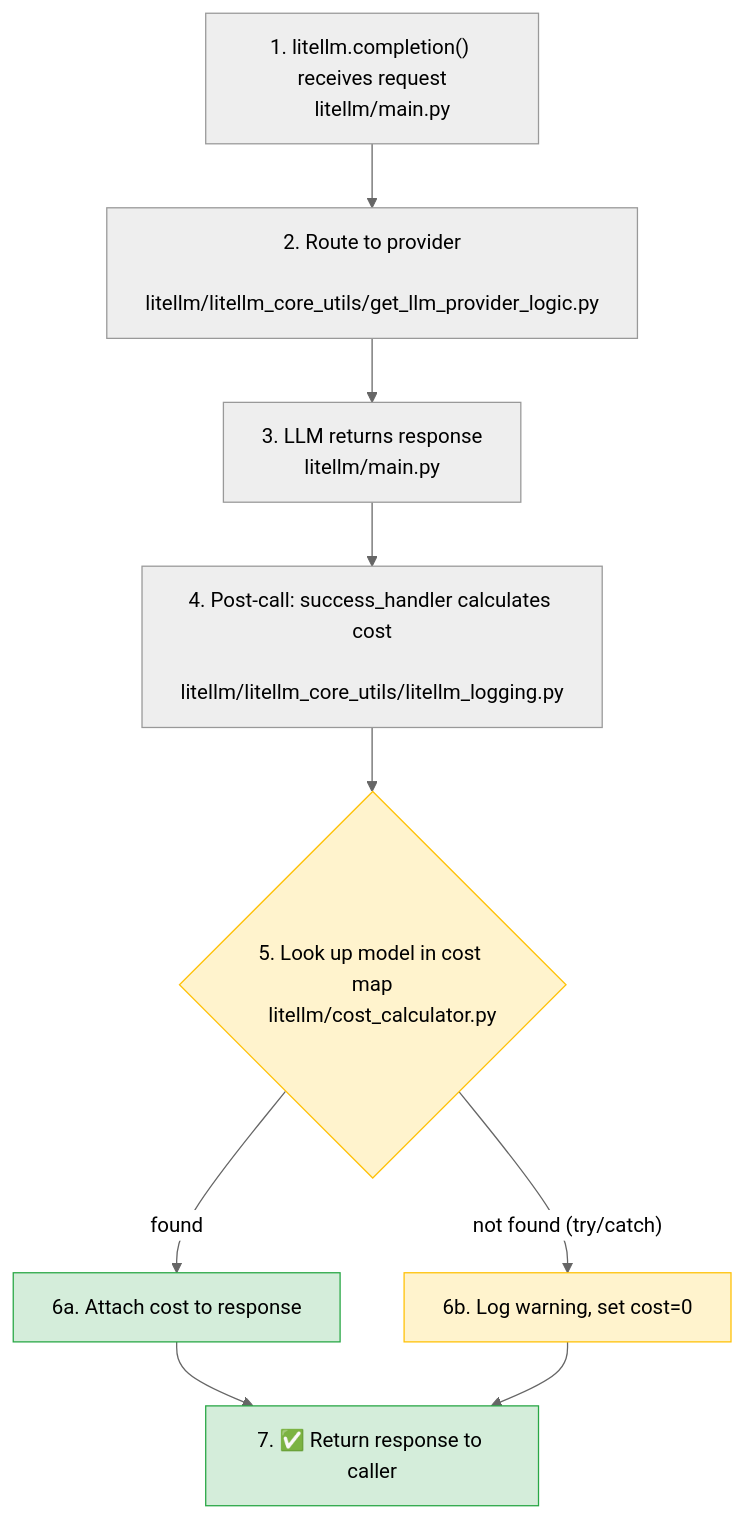
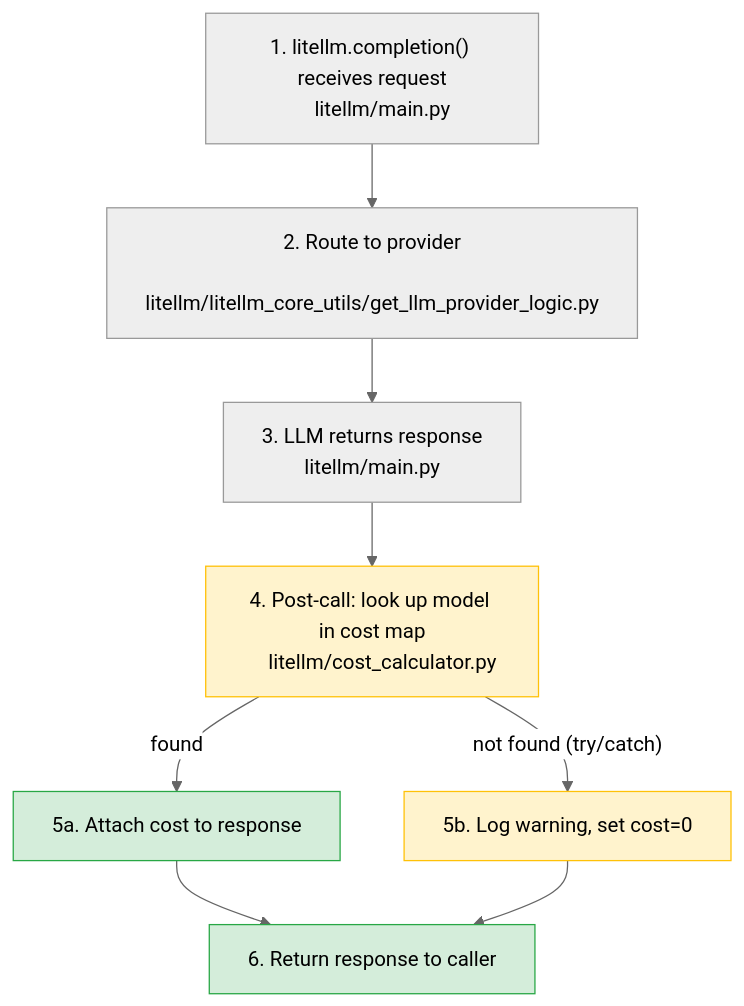
One commit to BerriAI/litellm changed the diagram in docs/my-website/blog/model_cost_map_incident/index.md. Above: the diagram before and after it, drawn with Mermaid (neutral theme). The commit also changed other lines of this file, not shown here.

````diff
--- a/docs/my-website/blog/model_cost_map_incident/index.md
+++ b/docs/my-website/blog/model_cost_map_incident/index.md
@@ -38,21 +34,19 @@
 ```mermaid
 flowchart TD
     A["1. litellm.completion() receives request
     litellm/main.py"] --> B["2. Route to provider
     litellm/litellm_core_utils/get_llm_provider_logic.py"]
     B --> C["3. LLM returns response
     litellm/main.py"]
-    C --> D["4. Post-call: success_handler calculates cost
-    litellm/litellm_core_utils/litellm_logging.py"]
-    D --> E{"5. Look up model in cost map
-    litellm/cost_calculator.py"}
-    E -->|"found"| F["6a. Attach cost to response"]
-    E -->|"not found (try/catch)"| G["6b. Log warning, set cost=0"]
-    F --> H["7. ✅ Return response to caller"]
-    G --> H
+    C --> D["4. Post-call: look up model in cost map
+    litellm/cost_calculator.py"]
+    D -->|"found"| E["5a. Attach cost to response"]
+    D -->|"not found (try/catch)"| F["5b. Log warning, set cost=0"]
+    E --> G["6. Return response to caller"]
+    F --> G
 
-    style E fill:#fff3cd,stroke:#ffc107
-    style G fill:#fff3cd,stroke:#ffc107
-    style F fill:#d4edda,stroke:#28a745
-    style H fill:#d4edda,stroke:#28a745
+    style D fill:#fff3cd,stroke:#ffc107
+    style F fill:#fff3cd,stroke:#ffc107
+    style E fill:#d4edda,stroke:#28a745
+    style G fill:#d4edda,stroke:#28a745
 ```
````
